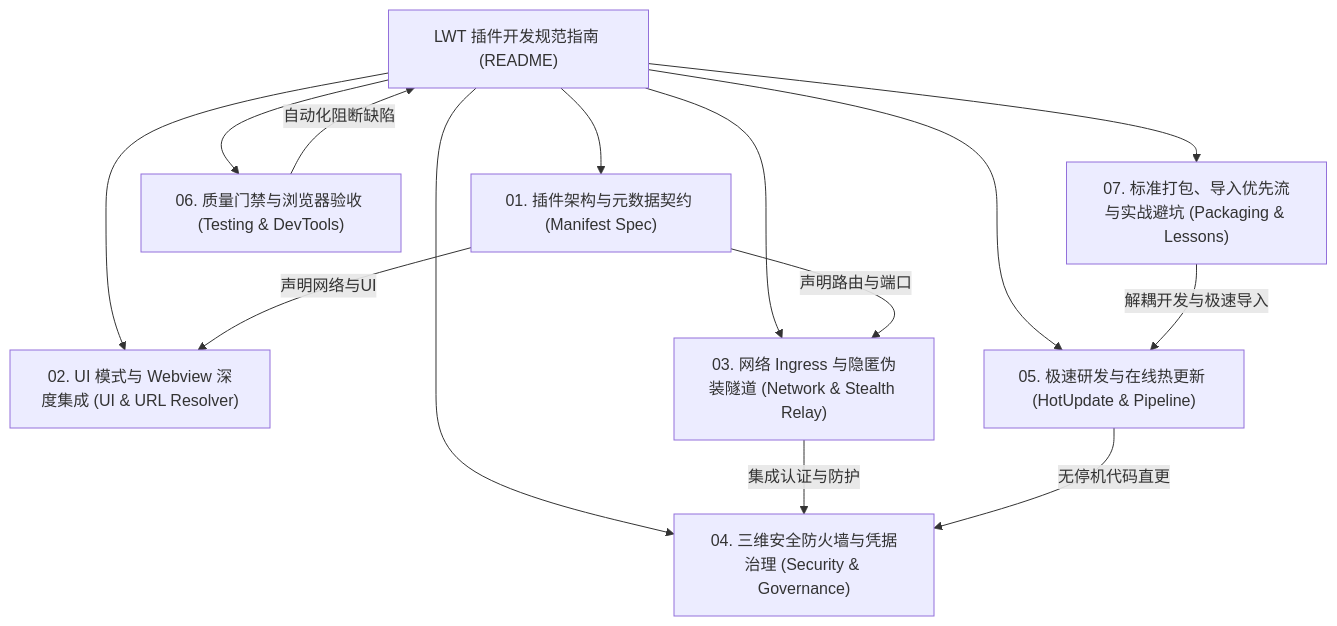
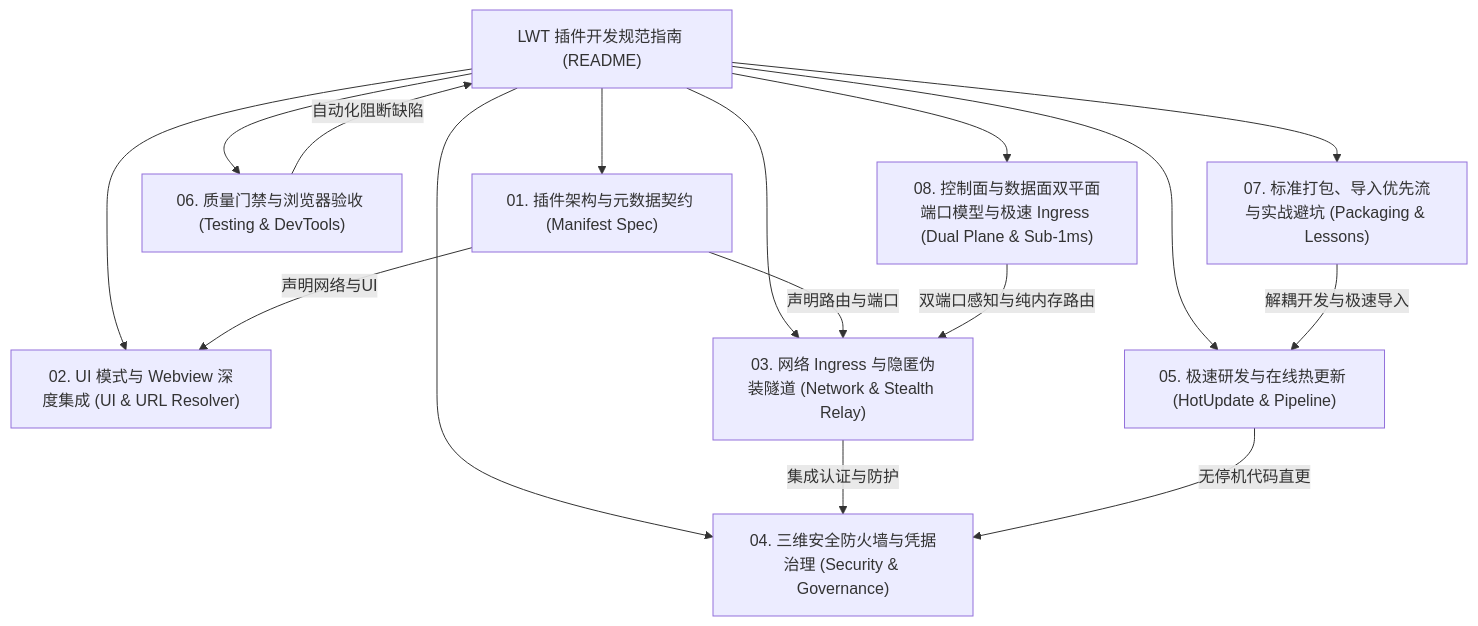
Before and after one commit to csvkse/LWT: the diagram in docs/plugin-development-guide/README.md, drawn with Mermaid. The commit also changed other lines of this file and 1 other file, not shown here.

Commit message:
docs(plugin-guide): add chapter 08 on dual-plane ports, metadata projection, and sub-1ms ingress

````diff
--- a/docs/plugin-development-guide/README.md
+++ b/docs/plugin-development-guide/README.md
@@ -13,17 +13,19 @@
 ```mermaid
 graph TD
     A["LWT 插件开发规范指南 (README)"] --> B["01. 插件架构与元数据契约 (Manifest Spec)"]
     A --> C["02. UI 模式与 Webview 深度集成 (UI & URL Resolver)"]
     A --> D["03. 网络 Ingress 与隐匿伪装隧道 (Network & Stealth Relay)"]
     A --> E["04. 三维安全防火墙与凭据治理 (Security & Governance)"]
     A --> F["05. 极速研发与在线热更新 (HotUpdate & Pipeline)"]
     A --> G["06. 质量门禁与浏览器验收 (Testing & DevTools)"]
     A --> H["07. 标准打包、导入优先流与实战避坑 (Packaging & Lessons)"]
+    A --> I["08. 控制面与数据面双平面端口模型与极速 Ingress (Dual Plane & Sub-1ms)"]
 
     B -->|声明网络与UI| C
     B -->|声明路由与端口| D
     D -->|集成认证与防护| E
     F -->|无停机代码直更| E
     G -->|自动化阻断缺陷| A
     H -->|解耦开发与极速导入| F
+    I -->|双端口感知与纯内存路由| D
 ```
````
